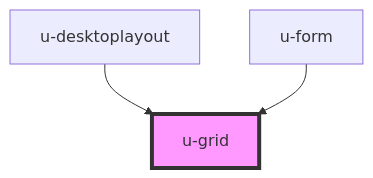
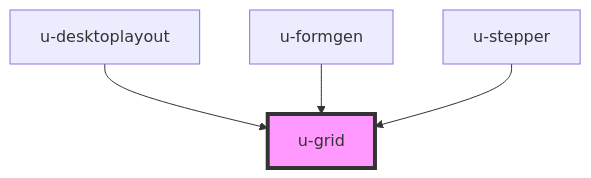
The diagram in src/components/u-grid/readme.md (theUrbans/uniform), drawn with Mermaid before and after one commit. The commit also changed other lines of this file and 11 other files, not shown here.

````diff
--- a/src/components/u-grid/readme.md
+++ b/src/components/u-grid/readme.md
@@ -25,6 +26,7 @@
 ```mermaid
 graph TD;
   u-desktoplayout --> u-grid
-  u-form --> u-grid
+  u-formgen --> u-grid
+  u-stepper --> u-grid
   style u-grid fill:#f9f,stroke:#333,stroke-width:4px
 ```
````
